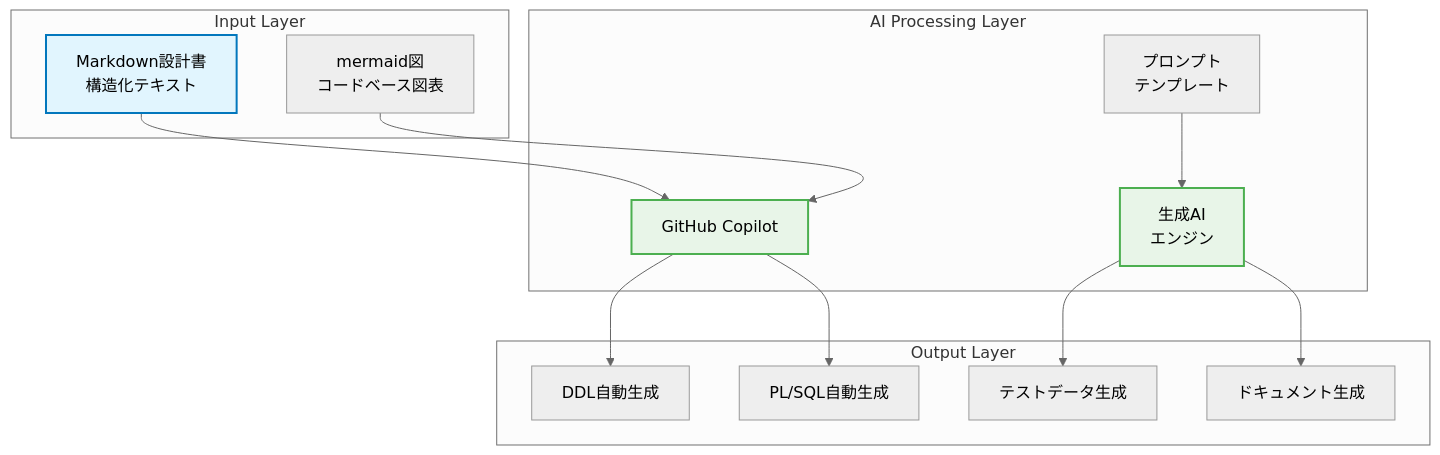
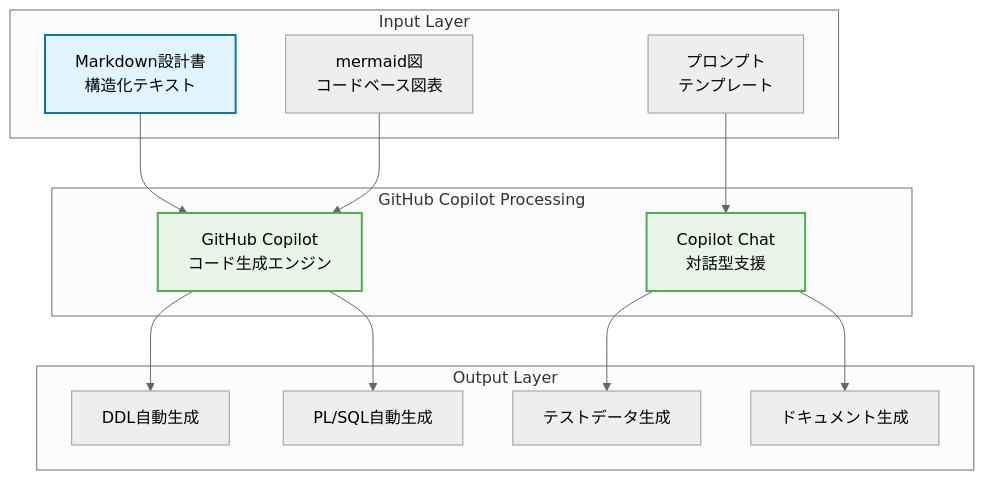
The third of 8 diagrams in database-design-approach.md (shiota-yotaro/hibiki-pj-sample-design), drawn with Mermaid (neutral theme) before and after one commit. The commit also changed other lines of this file, not shown here.

````diff
--- a/database-design-approach.md
+++ b/database-design-approach.md
@@ -75,32 +75,32 @@
 ```mermaid
 graph TB
     subgraph "Input Layer"
         MD[Markdown設計書<br/>構造化テキスト]
         MT[mermaid図<br/>コードベース図表]
+        PT[プロンプト<br/>テンプレート]
     end
     
-    subgraph "AI Processing Layer"
-        GC[GitHub Copilot]
-        PT[プロンプト<br/>テンプレート]
-        AI[生成AI<br/>エンジン]
+    subgraph "GitHub Copilot Processing"
+        GC[GitHub Copilot<br/>コード生成エンジン]
+        CC[Copilot Chat<br/>対話型支援]
     end
     
     subgraph "Output Layer"
         DDL[DDL自動生成]
         PL[PL/SQL自動生成]
         TD[テストデータ生成]
         DOC[ドキュメント生成]
     end
     
     MD --> GC
     MT --> GC
-    PT --> AI
+    PT --> CC
     GC --> DDL
     GC --> PL
-    AI --> TD
-    AI --> DOC
+    CC --> TD
+    CC --> DOC
     
     style MD fill:#e1f5fe,stroke:#0277bd,stroke-width:2px
     style GC fill:#e8f5e8,stroke:#4caf50,stroke-width:2px
-    style AI fill:#e8f5e8,stroke:#4caf50,stroke-width:2px
+    style CC fill:#e8f5e8,stroke:#4caf50,stroke-width:2px
 ```
````
